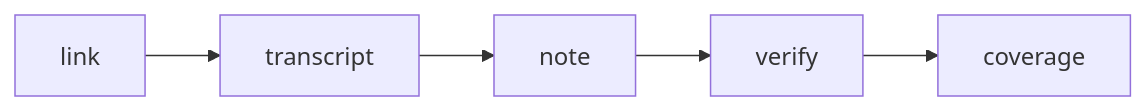
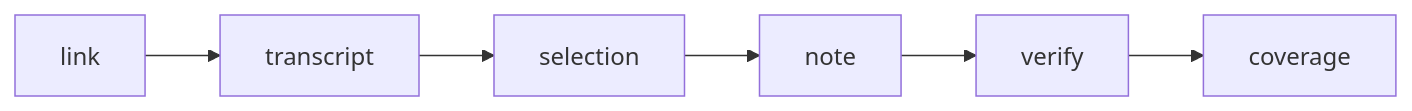
Before and after one commit to HappyDrunk/transcript-first-video: the diagram in README.md, drawn with Mermaid. The commit also changed other lines of this file and 16 other files, not shown here.

````diff
--- a/README.md
+++ b/README.md
@@ -43,4 +43,4 @@
 ```mermaid
 flowchart LR
-  A[link] --> B[transcript] --> C[note] --> D[verify] --> E[coverage]
+  A[link] --> B[transcript] --> S[selection] --> C[note] --> D[verify] --> E[coverage]
 ```
````
